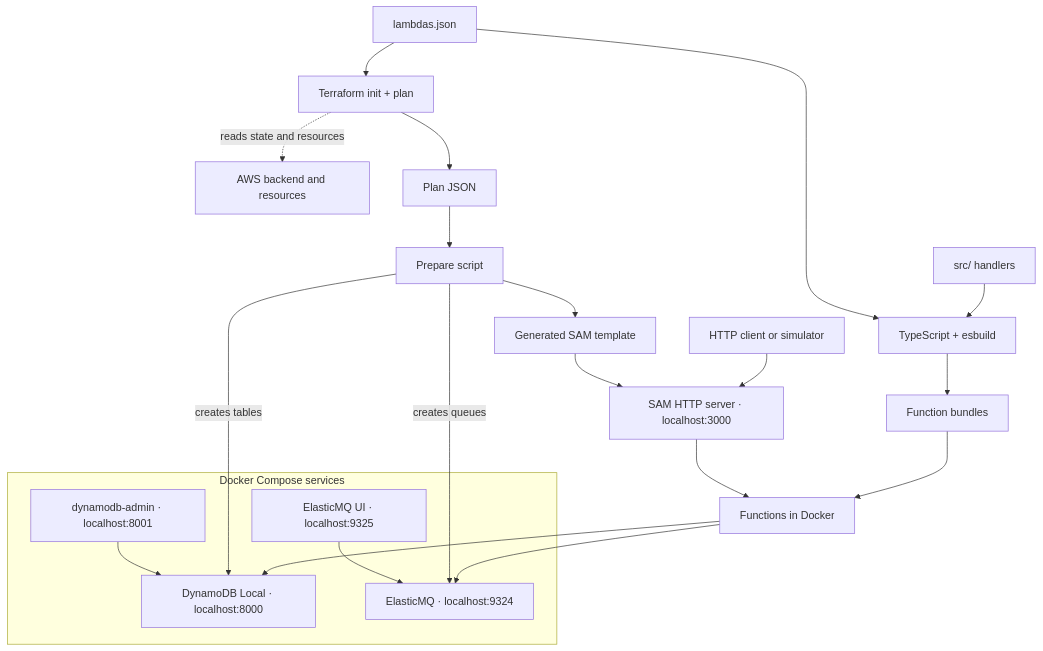
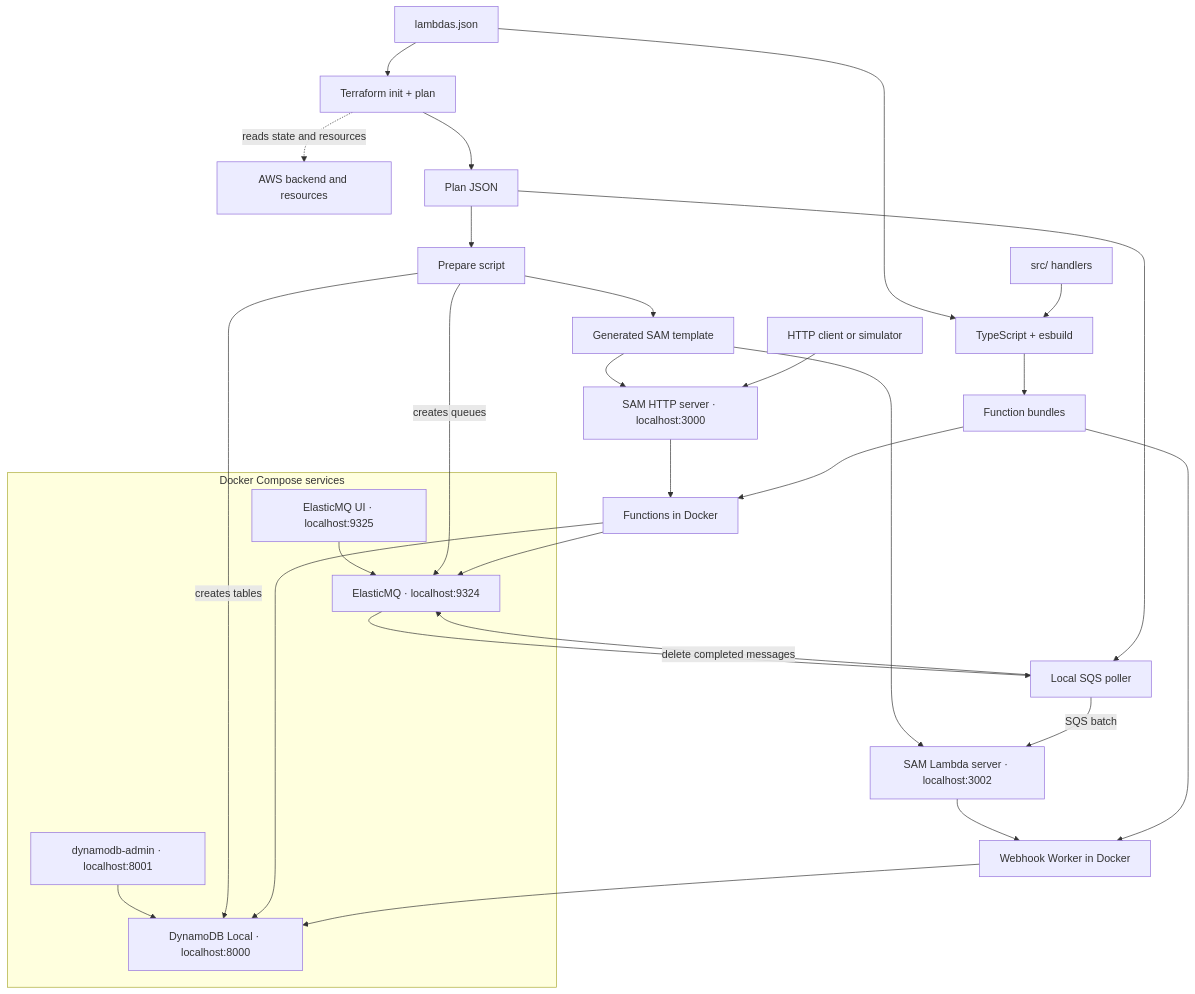
Before and after one commit to gabrielroriz/aws-resilient-payment-flow: the diagram in docs/guides/development.md, drawn with Mermaid. The commit also changed other lines of this file and 13 other files, not shown here.

First line of the commit message:
feat: consume local SQS queues and invoke queue workers through SAM

````diff
--- a/docs/guides/development.md
+++ b/docs/guides/development.md
@@ -32,25 +32,33 @@
 ```mermaid
 flowchart TD
     Registry["lambdas.json"] --> Build["TypeScript + esbuild"]
     Source["src/ handlers"] --> Build
     Build --> Bundles["Function bundles"]
     Registry --> Terraform["Terraform init + plan"]
     Terraform -. "reads state and resources" .-> AWS["AWS backend and resources"]
     Terraform --> Plan["Plan JSON"]
     Plan --> Prepare["Prepare script"]
     Prepare --> Template["Generated SAM template"]
     Template --> SAM["SAM HTTP server · localhost:3000"]
     Client["HTTP client or simulator"] --> SAM
     SAM --> Runtime["Functions in Docker"]
     Bundles --> Runtime
     subgraph Compose["Docker Compose services"]
         DynamoDB["DynamoDB Local · localhost:8000"]
         Admin["dynamodb-admin · localhost:8001"] --> DynamoDB
         SQS["ElasticMQ · localhost:9324"]
         SqsAdmin["ElasticMQ UI · localhost:9325"] --> SQS
     end
     Prepare -->|"creates tables"| DynamoDB
     Prepare -->|"creates queues"| SQS
     Runtime --> DynamoDB
     Runtime --> SQS
+    Plan --> Poller["Local SQS poller"]
+    SQS --> Poller
+    Template --> Invoke["SAM Lambda server · localhost:3002"]
+    Poller -->|"SQS batch"| Invoke
+    Invoke --> Worker["Webhook Worker in Docker"]
+    Bundles --> Worker
+    Worker --> DynamoDB
+    Poller -->|"delete completed messages"| SQS
 ```
````
